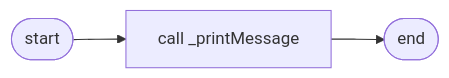
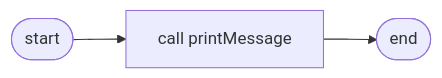
Before and after one commit to 7s4e/p3: the seventh of 8 diagrams in scripts/console/design.md, drawn with Mermaid. The commit also changed other lines of this file and 3 other files, not shown here.

````diff
--- a/scripts/console/design.md
+++ b/scripts/console/design.md
@@ -148,6 +148,6 @@
 ```mermaid
 flowchart LR
     STR([start]) --> CALL
-    CALL[call _printMessage] --> END
+    CALL[call printMessage] --> END
     END([end])
 ```
````
